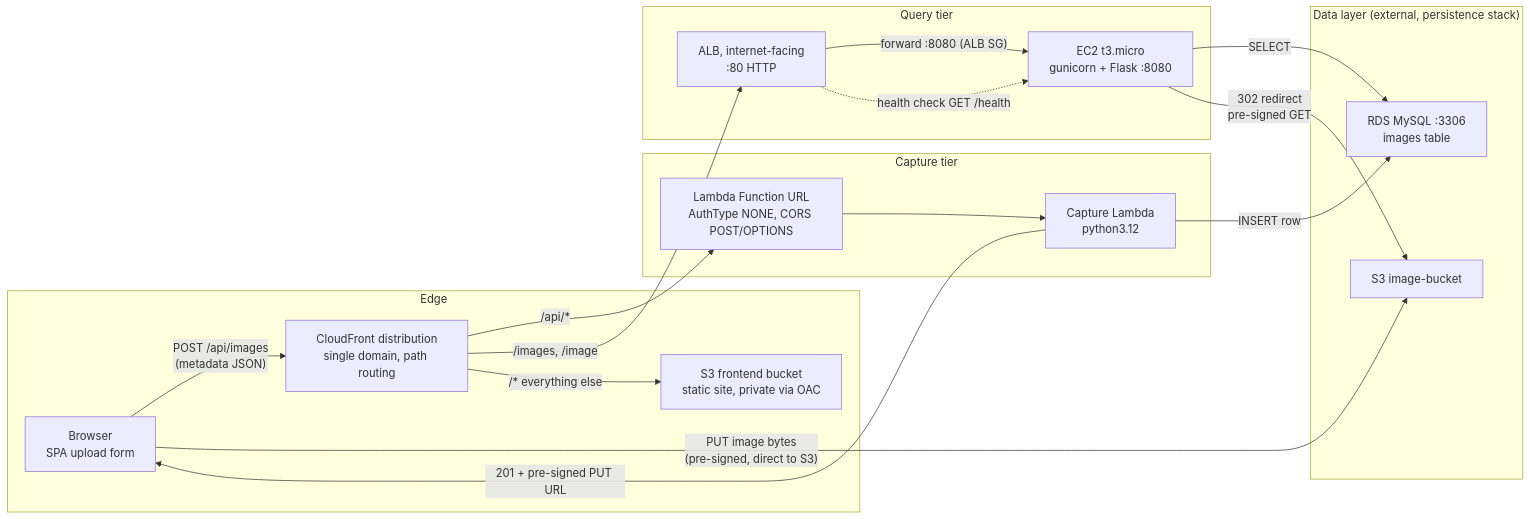
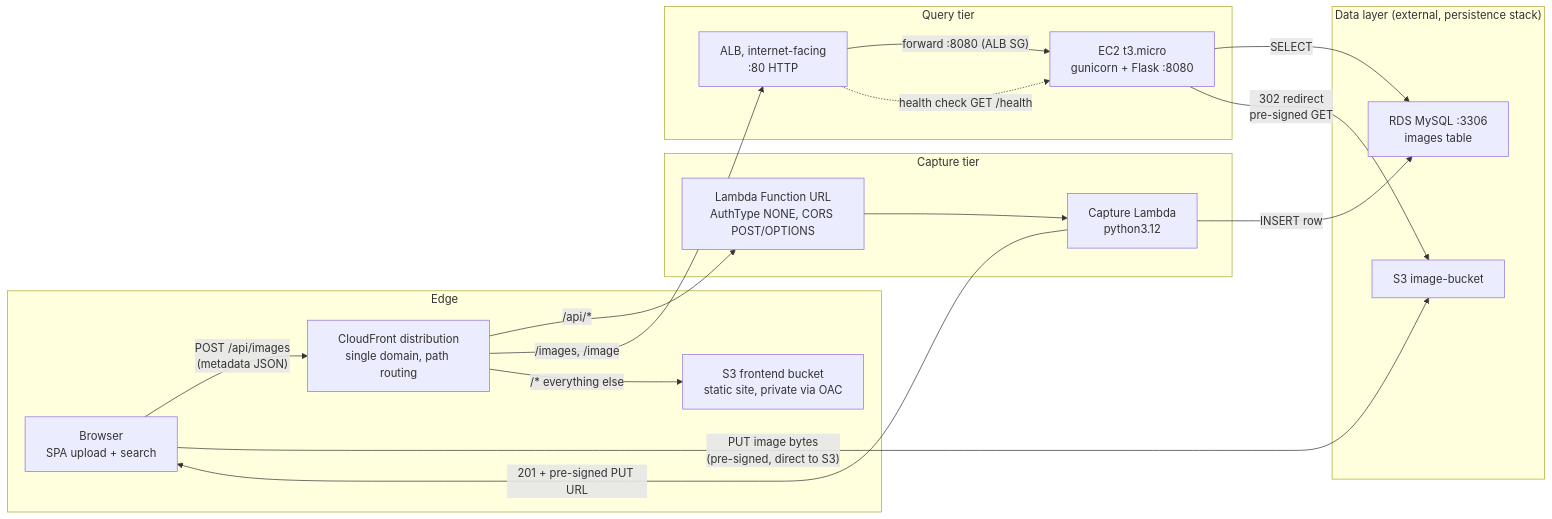
One commit to DoctorEva/CloudComputingFinalProj changed the diagram in README.md. Above: the diagram before and after it, drawn with Mermaid. The commit also changed other lines of this file and 6 other files, not shown here.

````diff
--- a/README.md
+++ b/README.md
@@ -19,38 +19,38 @@
 ```mermaid
 flowchart LR
     subgraph Edge["Edge"]
-        Browser["Browser<br/>SPA upload form"]
+        Browser["Browser<br/>SPA upload + search"]
         CF["CloudFront distribution<br/>single domain, path routing"]
         FrontendBucket["S3 frontend bucket<br/>static site, private via OAC"]
     end
 
     subgraph Capture["Capture tier"]
         LambdaURL["Lambda Function URL<br/>AuthType NONE, CORS POST/OPTIONS"]
         CaptureLambda["Capture Lambda<br/>python3.12"]
     end
 
     subgraph Query["Query tier"]
         ALB["ALB, internet-facing<br/>:80 HTTP"]
         QueryEC2["EC2 t3.micro<br/>gunicorn + Flask :8080"]
     end
 
     subgraph Data["Data layer (external, persistence stack)"]
         ImageBucket["S3 image-bucket"]
         RDS["RDS MySQL :3306<br/>images table"]
     end
 
     Browser -->|"POST /api/images<br/>(metadata JSON)"| CF
     CF -->|"/api/*"| LambdaURL
     LambdaURL --> CaptureLambda
     CaptureLambda -->|"INSERT row"| RDS
     CaptureLambda -->|"201 + pre-signed PUT URL"| Browser
     Browser -->|"PUT image bytes<br/>(pre-signed, direct to S3)"| ImageBucket
 
     CF -->|"/images, /image"| ALB
     ALB -->|"forward :8080 (ALB SG)"| QueryEC2
     ALB -.->|"health check GET /health"| QueryEC2
     QueryEC2 -->|"SELECT"| RDS
     QueryEC2 -->|"302 redirect<br/>pre-signed GET"| ImageBucket
 
     CF -->|"/* everything else"| FrontendBucket
 ```
````
